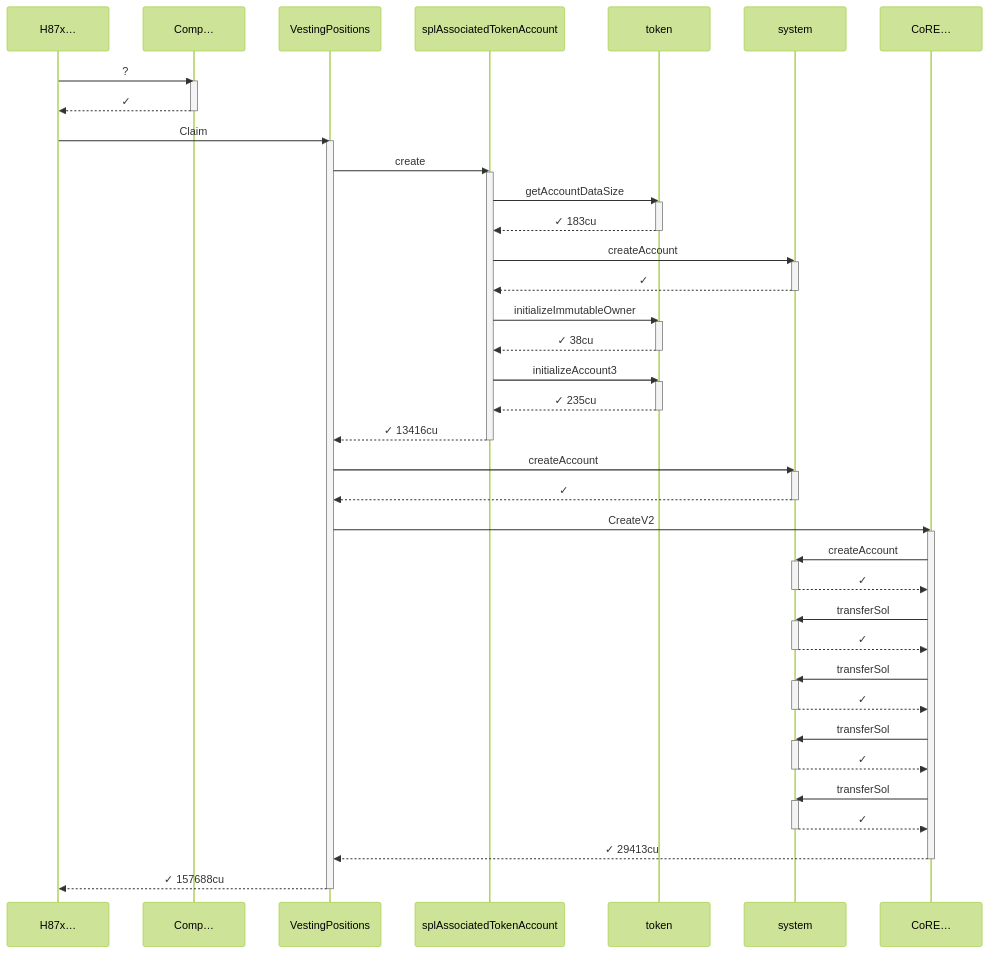
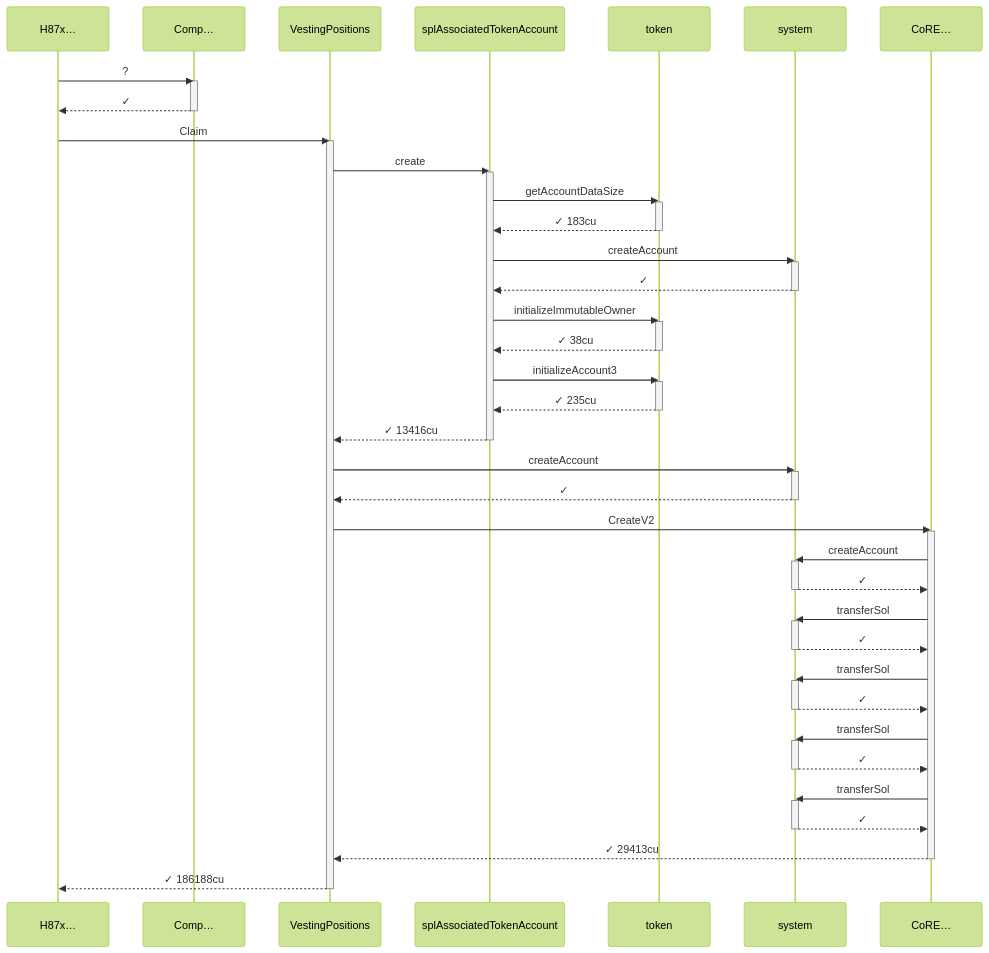
Before and after one commit to cds-turbin3/vesting-position: the fourth of 9 diagrams in babelfish-tests/test-report/scenario_6_not_owner_subsequent_claim_fails.md, drawn with Mermaid (forest theme). The commit also changed other lines of this file and 106 other files, not shown here.

````diff
--- a/babelfish-tests/test-report/scenario_6_not_owner_subsequent_claim_fails.md
+++ b/babelfish-tests/test-report/scenario_6_not_owner_subsequent_claim_fails.md
@@ -200,66 +211,66 @@
 ```mermaid
 sequenceDiagram
     participant p0 as H87x…
     participant p1 as Comp…
     participant p2 as VestingPositions
     participant p3 as splAssociatedTokenAccount
     participant p4 as token
     participant p5 as system
     participant p6 as CoRE…
     p0->>p1: ?
     activate p1
     p1-->>p0: ✓
     deactivate p1
     p0->>p2: Claim
     activate p2
     p2->>p3: create
     activate p3
     p3->>p4: getAccountDataSize
     activate p4
     p4-->>p3: ✓ 183cu
     deactivate p4
     p3->>p5: createAccount
     activate p5
     p5-->>p3: ✓
     deactivate p5
     p3->>p4: initializeImmutableOwner
     activate p4
     p4-->>p3: ✓ 38cu
     deactivate p4
     p3->>p4: initializeAccount3
     activate p4
     p4-->>p3: ✓ 235cu
     deactivate p4
     p3-->>p2: ✓ 13416cu
     deactivate p3
     p2->>p5: createAccount
     activate p5
     p5-->>p2: ✓
     deactivate p5
     p2->>p6: CreateV2
     activate p6
     p6->>p5: createAccount
     activate p5
     p5-->>p6: ✓
     deactivate p5
     p6->>p5: transferSol
     activate p5
     p5-->>p6: ✓
     deactivate p5
     p6->>p5: transferSol
     activate p5
     p5-->>p6: ✓
     deactivate p5
     p6->>p5: transferSol
     activate p5
     p5-->>p6: ✓
     deactivate p5
     p6->>p5: transferSol
     activate p5
     p5-->>p6: ✓
     deactivate p5
     p6-->>p2: ✓ 29413cu
     deactivate p6
-    p2-->>p0: ✓ 157688cu
+    p2-->>p0: ✓ 186188cu
     deactivate p2
 ```
````
